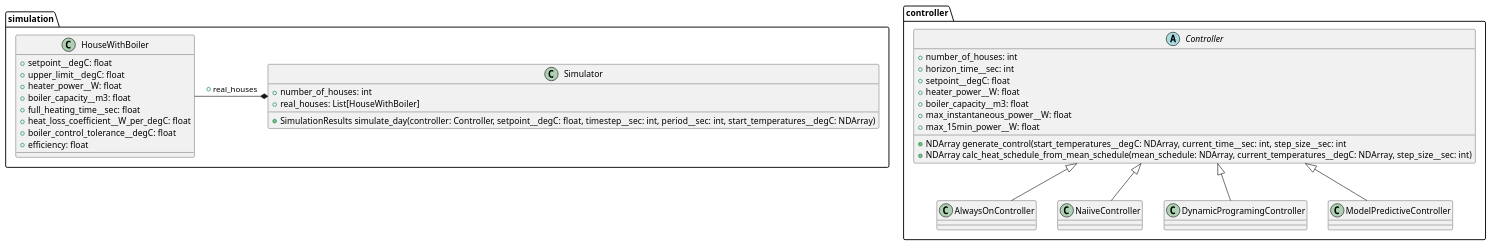
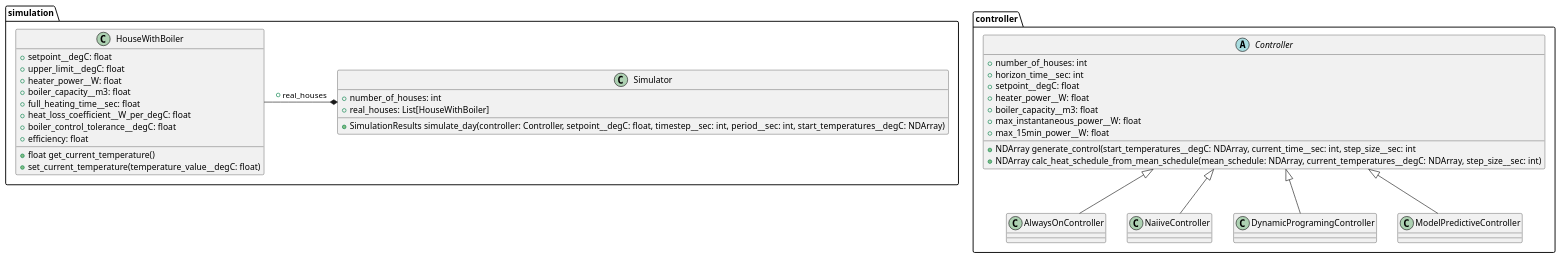
One commit to antontmoore/boilers_control changed the diagram in uml/classes_diagram.puml. Above: the diagram before and after it, drawn with PlantUML. The commit also changed 3 other files, not shown here.

```diff
--- a/uml/classes_diagram.puml
+++ b/uml/classes_diagram.puml
@@ -2,49 +2,51 @@
 @startuml
 
 package controller{
     abstract Controller{
         + number_of_houses: int
         + horizon_time__sec: int
         + setpoint__degC: float
         + heater_power__W: float
         + boiler_capacity__m3: float
         + max_instantaneous_power__W: float
         + max_15min_power__W: float
         + NDArray generate_control(start_temperatures__degC: NDArray, current_time__sec: int, step_size__sec: int
         + NDArray calc_heat_schedule_from_mean_schedule(mean_schedule: NDArray, current_temperatures__degC: NDArray, step_size__sec: int)
     }
 
     class AlwaysOnController
     class NaiiveController
     class DynamicProgramingController
     class ModelPredictiveController
 
     Controller <|-- AlwaysOnController
     Controller <|-- NaiiveController
     Controller <|-- DynamicProgramingController
     Controller <|-- ModelPredictiveController
 }
 
 package simulation{
     class HouseWithBoiler{
          + setpoint__degC: float
          + upper_limit__degC: float
          + heater_power__W: float
          + boiler_capacity__m3: float
          + full_heating_time__sec: float
          + heat_loss_coefficient__W_per_degC: float
          + boiler_control_tolerance__degC: float
          + efficiency: float
+         + float get_current_temperature()
+         + set_current_temperature(temperature_value__degC: float)
     }
 
     class Simulator{
         + number_of_houses: int
         + real_houses: List[HouseWithBoiler]
         + SimulationResults simulate_day(controller: Controller, setpoint__degC: float, timestep__sec: int, period__sec: int, start_temperatures__degC: NDArray)
     }
 
     Simulator *-l- HouseWithBoiler : +real_houses
 
 }
 
 @enduml
```
